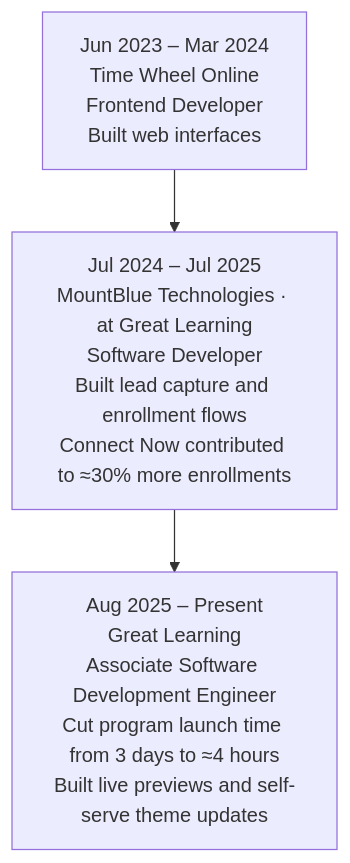
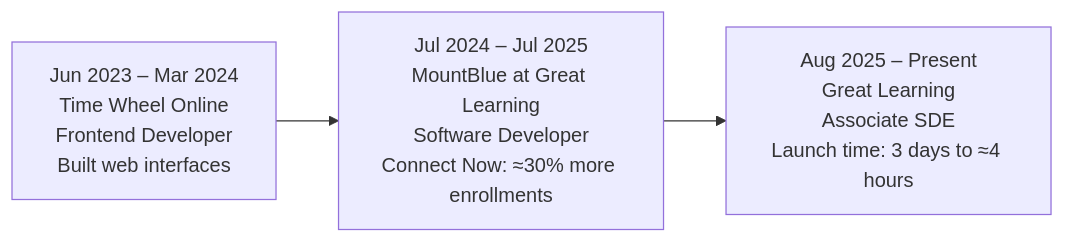
One commit to umangsahu/umangsahu changed the diagram in Readme.md. Above: the diagram before and after it, drawn with Mermaid.

Commit message:
Compact the profile career timeline

````diff
--- a/Readme.md
+++ b/Readme.md
@@ -9,8 +9,7 @@
 ```mermaid
-flowchart TD
-    first["Jun 2023 – Mar 2024<br/>Time Wheel Online<br/>Frontend Developer<br/>Built web interfaces"]
-    second["Jul 2024 – Jul 2025<br/>MountBlue Technologies · at Great Learning<br/>Software Developer<br/>Built lead capture and enrollment flows<br/>Connect Now contributed to ≈30% more enrollments"]
-    current["Aug 2025 – Present<br/>Great Learning<br/>Associate Software Development Engineer<br/>Cut program launch time from 3 days to ≈4 hours<br/>Built live previews and self-serve theme updates"]
-
-    first --> second --> current
+flowchart LR
+    A["Jun 2023 – Mar 2024<br/>Time Wheel Online<br/>Frontend Developer<br/>Built web interfaces"]
+    B["Jul 2024 – Jul 2025<br/>MountBlue at Great Learning<br/>Software Developer<br/>Connect Now: ≈30% more enrollments"]
+    C["Aug 2025 – Present<br/>Great Learning<br/>Associate SDE<br/>Launch time: 3 days to ≈4 hours"]
+    A --> B --> C
 ```
````
